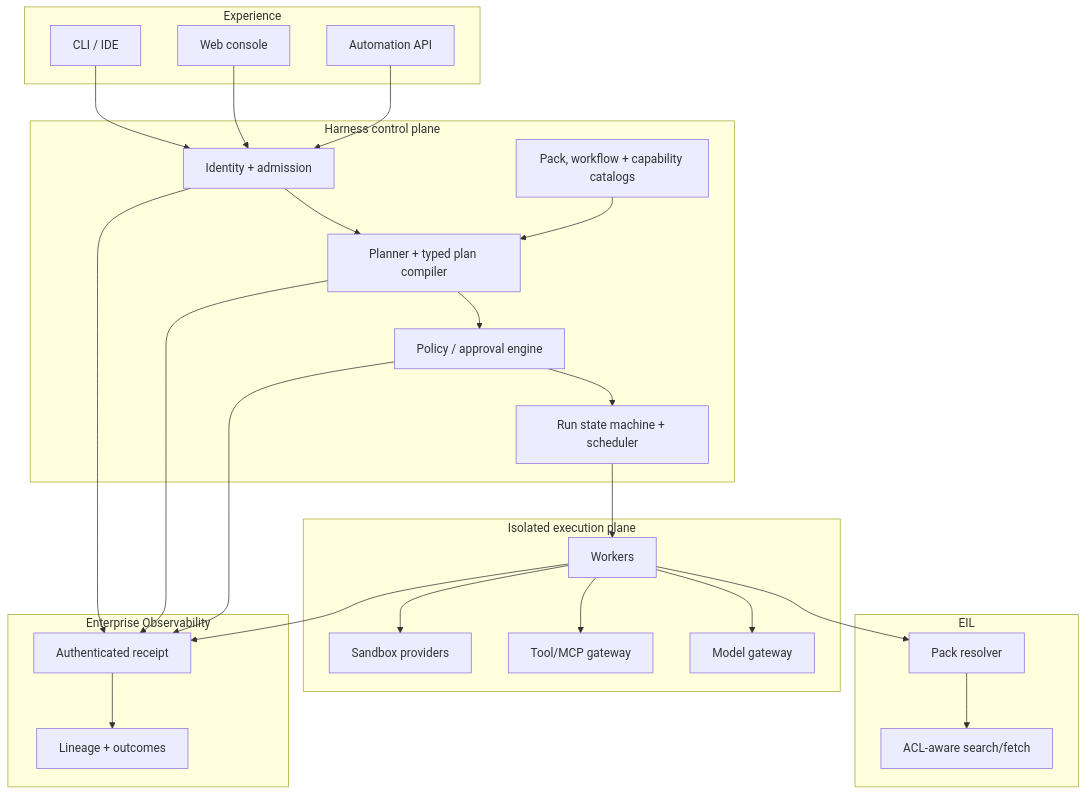
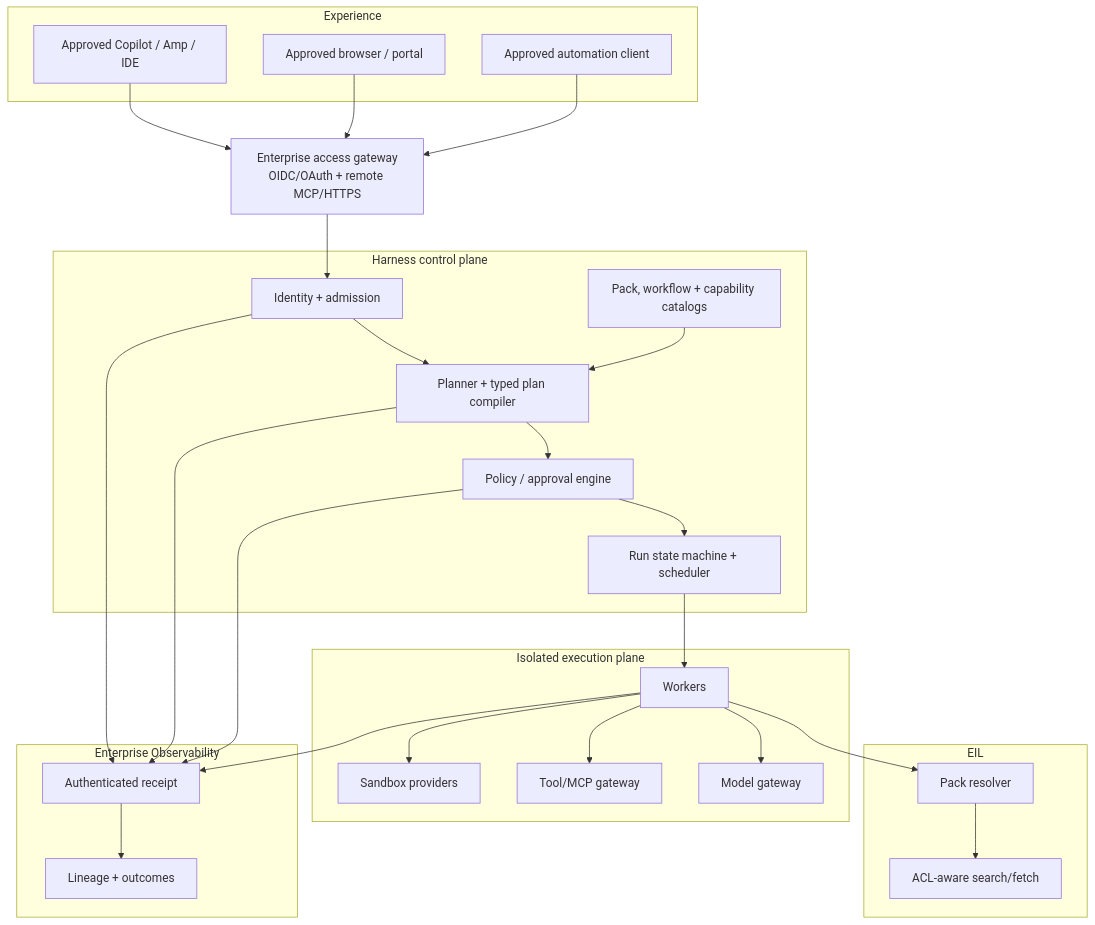
One commit to ashark-ai-05/enterprise-harness changed the diagram in docs/ARCHITECTURE.md. Above: the diagram before and after it, drawn with Mermaid. The commit also changed other lines of this file and 8 other files, not shown here.

````diff
--- a/docs/ARCHITECTURE.md
+++ b/docs/ARCHITECTURE.md
@@ -9,44 +11,46 @@
 ```mermaid
 flowchart TB
   subgraph Experience
-    CLI[CLI / IDE]
-    WEB[Web console]
-    API[Automation API]
+    CLI[Approved Copilot / Amp / IDE]
+    WEB[Approved browser / portal]
+    API[Approved automation client]
   end
+  EDGE[Enterprise access gateway<br/>OIDC/OAuth + remote MCP/HTTPS]
   subgraph Control_Plane[Harness control plane]
     GW[Identity + admission]
     PLAN[Planner + typed plan compiler]
     POL[Policy / approval engine]
     CAT[Pack, workflow + capability catalogs]
     RUN[Run state machine + scheduler]
   end
   subgraph Execution_Plane[Isolated execution plane]
     WK[Workers]
     SB[Sandbox providers]
     TG[Tool/MCP gateway]
     MG[Model gateway]
   end
   subgraph Knowledge_Plane[EIL]
     RES[Pack resolver]
     SEARCH[ACL-aware search/fetch]
   end
   subgraph Evidence_Plane[Enterprise Observability]
     REC[Authenticated receipt]
     LIN[Lineage + outcomes]
   end
-  CLI --> GW
-  WEB --> GW
-  API --> GW
+  CLI --> EDGE
+  WEB --> EDGE
+  API --> EDGE
+  EDGE --> GW
   GW --> PLAN --> POL --> RUN
   CAT --> PLAN
   RUN --> WK
   WK --> SB
   WK --> TG
   WK --> MG
   WK --> RES --> SEARCH
   GW --> REC
   PLAN --> REC
   POL --> REC
   WK --> REC
   REC --> LIN
 ```
````
